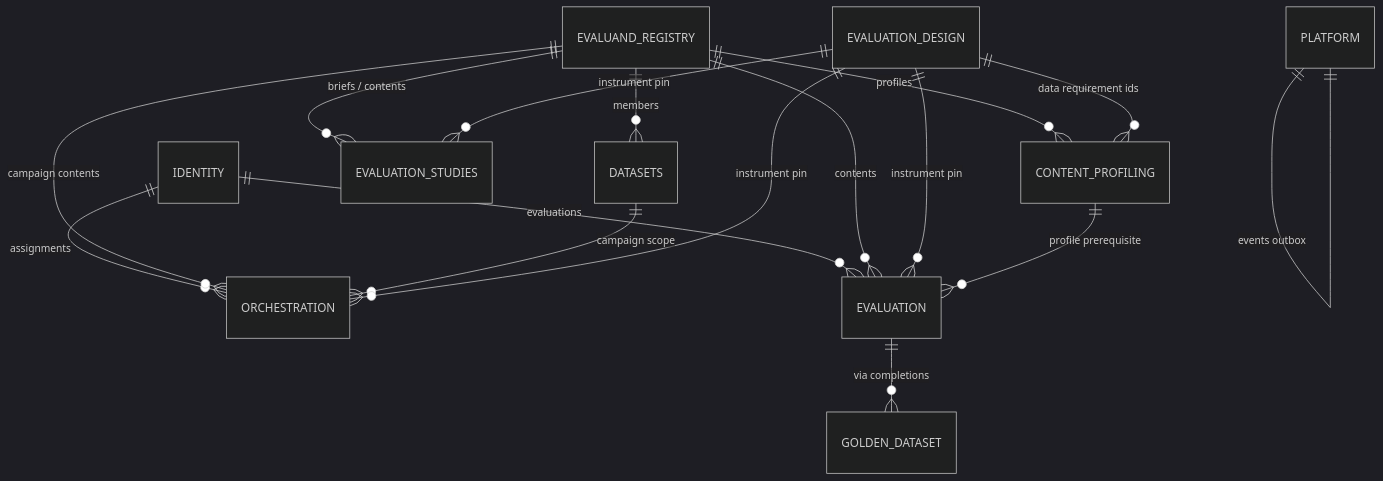
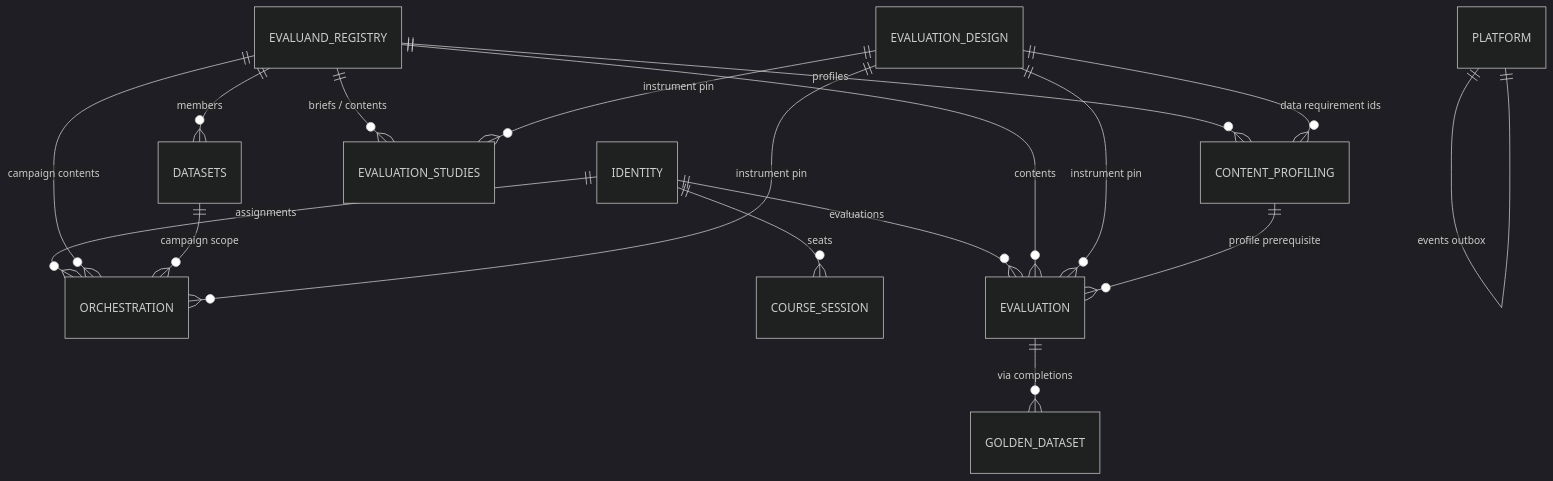
The first of 12 diagrams in docs/DATA_MODEL.md (learnpack/learnpack-evals-v2), drawn with Mermaid (dark theme) before and after one commit. The commit also changed other lines of this file and 5 other files, not shown here.

````diff
--- a/docs/DATA_MODEL.md
+++ b/docs/DATA_MODEL.md
@@ -15,18 +15,19 @@
 ```mermaid
 erDiagram
     IDENTITY ||--o{ ORCHESTRATION : "assignments"
+    IDENTITY ||--o{ COURSE_SESSION : "seats"
     IDENTITY ||--o{ EVALUATION : "evaluations"
     EVALUAND_REGISTRY ||--o{ ORCHESTRATION : "campaign contents"
     EVALUAND_REGISTRY ||--o{ CONTENT_PROFILING : "profiles"
     EVALUAND_REGISTRY ||--o{ EVALUATION : "contents"
     EVALUAND_REGISTRY ||--o{ EVALUATION_STUDIES : "briefs / contents"
     EVALUAND_REGISTRY ||--o{ DATASETS : "members"
     DATASETS ||--o{ ORCHESTRATION : "campaign scope"
     EVALUATION_DESIGN ||--o{ ORCHESTRATION : "instrument pin"
     EVALUATION_DESIGN ||--o{ EVALUATION : "instrument pin"
     EVALUATION_DESIGN ||--o{ CONTENT_PROFILING : "data requirement ids"
     EVALUATION_DESIGN ||--o{ EVALUATION_STUDIES : "instrument pin"
     CONTENT_PROFILING ||--o{ EVALUATION : "profile prerequisite"
     EVALUATION ||--o{ GOLDEN_DATASET : "via completions"
     PLATFORM ||--|| PLATFORM : "events outbox"
 ```
````
